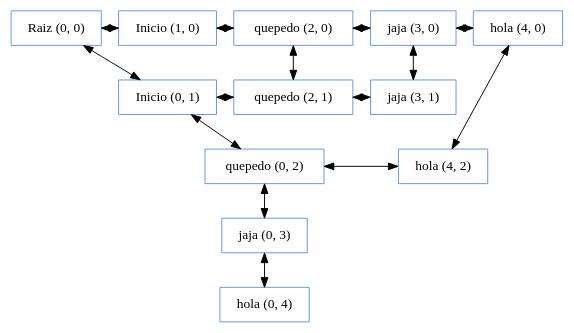
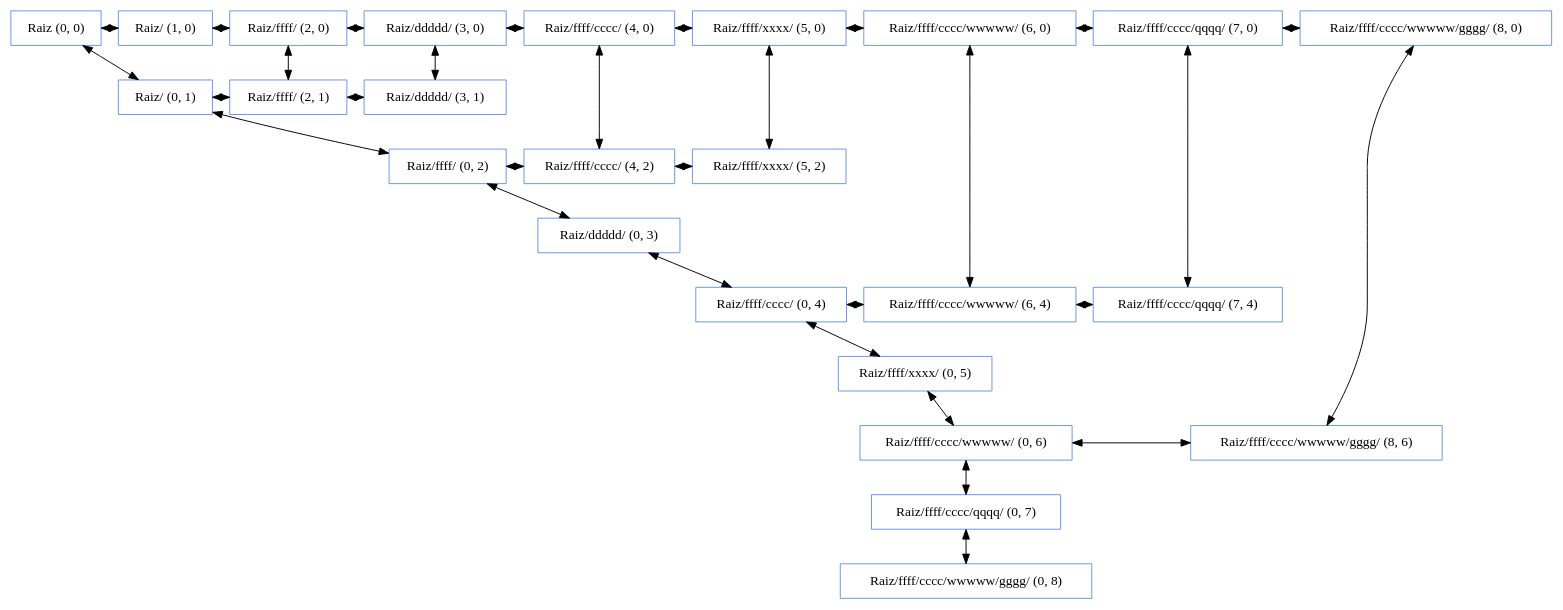
The diagram in Matriz.dot (fraced97/EDD_2S2019_PY2_201700350), drawn with Graphviz before and after one commit. The commit also changed 5 other files, not shown here.

```diff
--- a/Matriz.dot
+++ b/Matriz.dot
@@ -1,32 +1,64 @@
 digraph G {
 
 node [shape=box, color=cornflowerblue ];
-"Raiz (0, 0) "->"Inicio (0, 1) "[dir=both];
-"Inicio (0, 1) "->"quepedo (0, 2) "[dir=both];
-"quepedo (0, 2) "->"jaja (0, 3) "[dir=both];
-"jaja (0, 3) "->"hola (0, 4) "[dir=both];
-"quepedo (2, 0) "->"quepedo (2, 1) "[dir=both];
-"jaja (3, 0) "->"jaja (3, 1) "[dir=both];
-"hola (4, 0) "->"hola (4, 2) "[dir=both];
+"Raiz (0, 0) "->"Raiz/ (0, 1) "[dir=both];
+"Raiz/ (0, 1) "->"Raiz/ffff/ (0, 2) "[dir=both];
+"Raiz/ffff/ (0, 2) "->"Raiz/ddddd/ (0, 3) "[dir=both];
+"Raiz/ddddd/ (0, 3) "->"Raiz/ffff/cccc/ (0, 4) "[dir=both];
+"Raiz/ffff/cccc/ (0, 4) "->"Raiz/ffff/xxxx/ (0, 5) "[dir=both];
+"Raiz/ffff/xxxx/ (0, 5) "->"Raiz/ffff/cccc/wwwww/ (0, 6) "[dir=both];
+"Raiz/ffff/cccc/wwwww/ (0, 6) "->"Raiz/ffff/cccc/qqqq/ (0, 7) "[dir=both];
+"Raiz/ffff/cccc/qqqq/ (0, 7) "->"Raiz/ffff/cccc/wwwww/gggg/ (0, 8) "[dir=both];
+"Raiz/ffff/ (2, 0) "->"Raiz/ffff/ (2, 1) "[dir=both];
+"Raiz/ddddd/ (3, 0) "->"Raiz/ddddd/ (3, 1) "[dir=both];
+"Raiz/ffff/cccc/ (4, 0) "->"Raiz/ffff/cccc/ (4, 2) "[dir=both];
+"Raiz/ffff/xxxx/ (5, 0) "->"Raiz/ffff/xxxx/ (5, 2) "[dir=both];
+"Raiz/ffff/cccc/wwwww/ (6, 0) "->"Raiz/ffff/cccc/wwwww/ (6, 4) "[dir=both];
+"Raiz/ffff/cccc/qqqq/ (7, 0) "->"Raiz/ffff/cccc/qqqq/ (7, 4) "[dir=both];
+"Raiz/ffff/cccc/wwwww/gggg/ (8, 0) "->"Raiz/ffff/cccc/wwwww/gggg/ (8, 6) "[dir=both];
 rank=same{
-"Raiz (0, 0) "->"Inicio (1, 0) "[dir=both];
+"Raiz (0, 0) "->"Raiz/ (1, 0) "[dir=both];
 }
 rank=same{
-"Inicio (1, 0) "->"quepedo (2, 0) "[dir=both];
+"Raiz/ (1, 0) "->"Raiz/ffff/ (2, 0) "[dir=both];
 }
 rank=same{
-"quepedo (2, 0) "->"jaja (3, 0) "[dir=both];
+"Raiz/ffff/ (2, 0) "->"Raiz/ddddd/ (3, 0) "[dir=both];
 }
 rank=same{
-"jaja (3, 0) "->"hola (4, 0) "[dir=both];
+"Raiz/ddddd/ (3, 0) "->"Raiz/ffff/cccc/ (4, 0) "[dir=both];
 }
 rank=same{
-"Inicio (0, 1) "->"quepedo (2, 1) "[dir=both];
+"Raiz/ffff/cccc/ (4, 0) "->"Raiz/ffff/xxxx/ (5, 0) "[dir=both];
 }
 rank=same{
-"quepedo (2, 1) "->"jaja (3, 1) "[dir=both];
+"Raiz/ffff/xxxx/ (5, 0) "->"Raiz/ffff/cccc/wwwww/ (6, 0) "[dir=both];
 }
 rank=same{
-"quepedo (0, 2) "->"hola (4, 2) "[dir=both];
+"Raiz/ffff/cccc/wwwww/ (6, 0) "->"Raiz/ffff/cccc/qqqq/ (7, 0) "[dir=both];
+}
+rank=same{
+"Raiz/ffff/cccc/qqqq/ (7, 0) "->"Raiz/ffff/cccc/wwwww/gggg/ (8, 0) "[dir=both];
+}
+rank=same{
+"Raiz/ (0, 1) "->"Raiz/ffff/ (2, 1) "[dir=both];
+}
+rank=same{
+"Raiz/ffff/ (2, 1) "->"Raiz/ddddd/ (3, 1) "[dir=both];
+}
+rank=same{
+"Raiz/ffff/ (0, 2) "->"Raiz/ffff/cccc/ (4, 2) "[dir=both];
+}
+rank=same{
+"Raiz/ffff/cccc/ (4, 2) "->"Raiz/ffff/xxxx/ (5, 2) "[dir=both];
+}
+rank=same{
+"Raiz/ffff/cccc/ (0, 4) "->"Raiz/ffff/cccc/wwwww/ (6, 4) "[dir=both];
+}
+rank=same{
+"Raiz/ffff/cccc/wwwww/ (6, 4) "->"Raiz/ffff/cccc/qqqq/ (7, 4) "[dir=both];
+}
+rank=same{
+"Raiz/ffff/cccc/wwwww/ (0, 6) "->"Raiz/ffff/cccc/wwwww/gggg/ (8, 6) "[dir=both];
 }
 }
```
